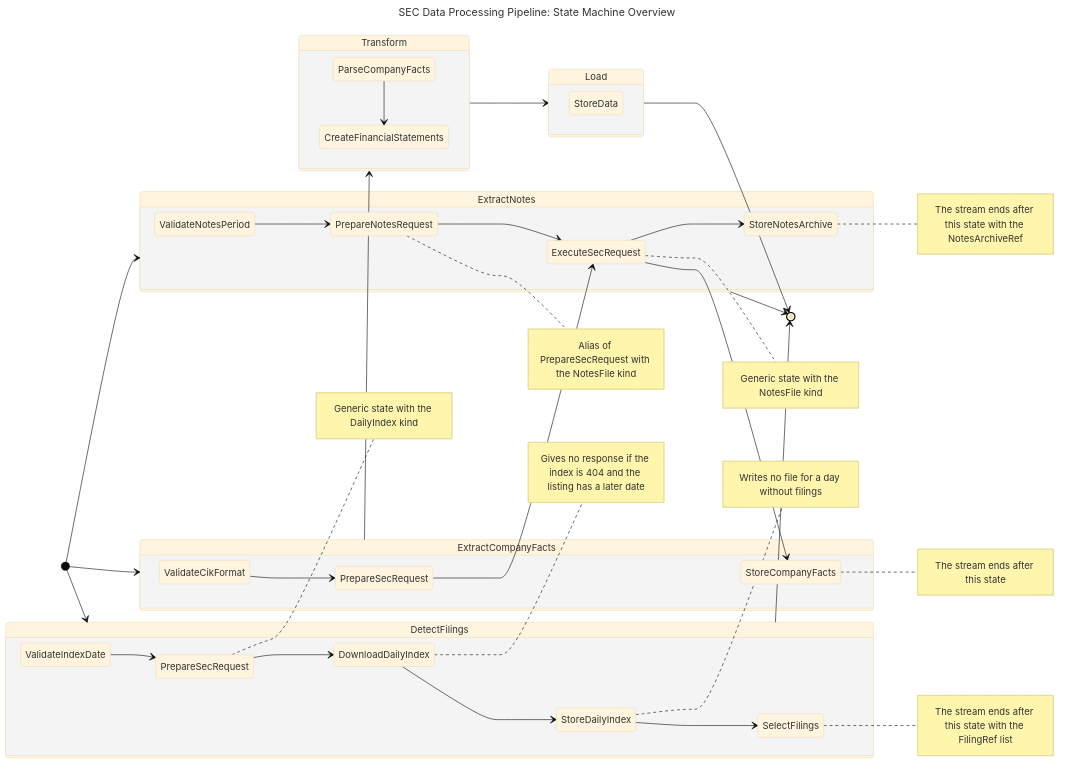
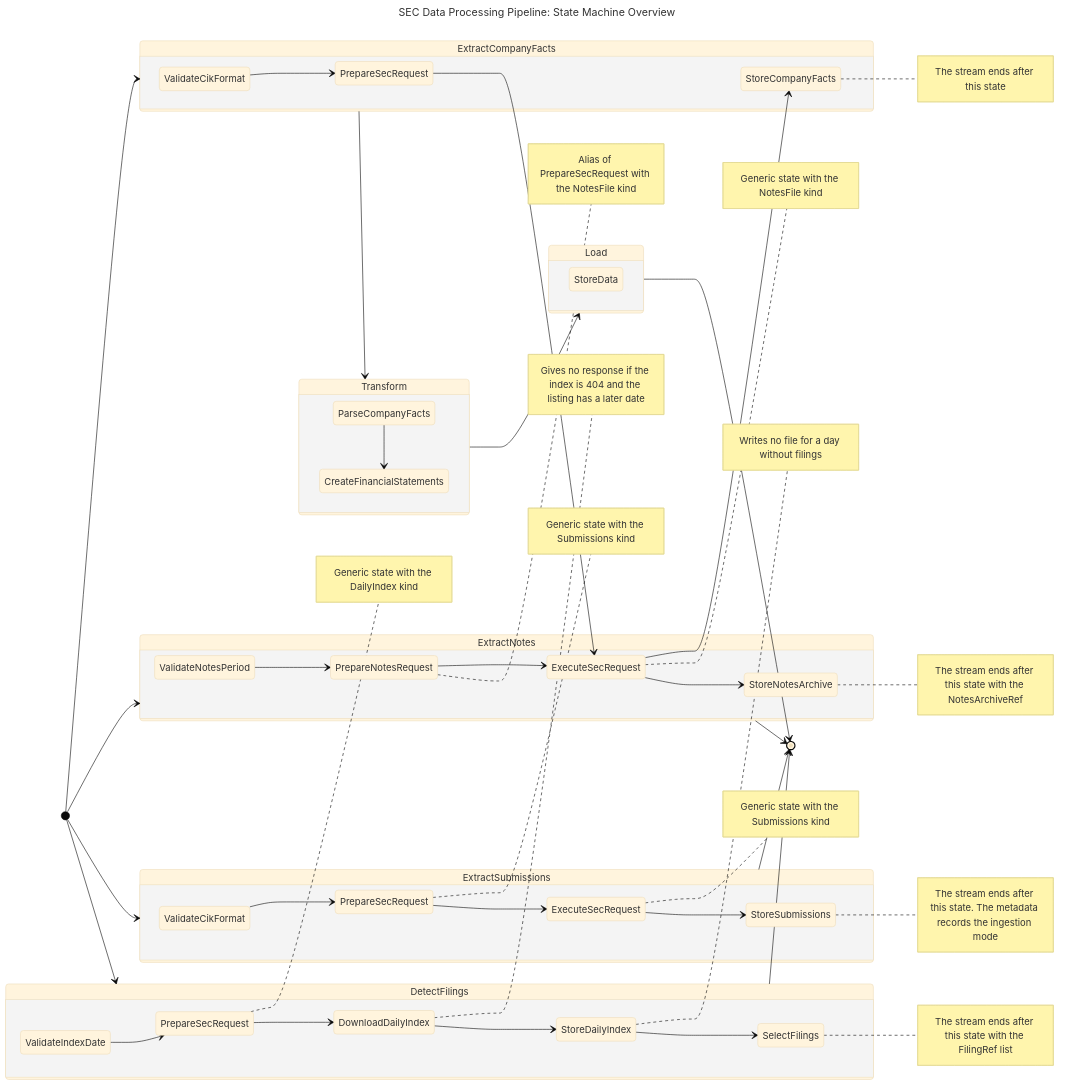
The diagram in sec/design/state_diagram/sec_state_machine.md (ironcapitaleu/arkad), drawn with Mermaid (base theme) before and after one commit. The commit also changed 6 other files, not shown here.

First line of the commit message:
feat(sec): add ExtractSubmissionsSuperState (#336)

````diff
--- a/sec/design/state_diagram/sec_state_machine.md
+++ b/sec/design/state_diagram/sec_state_machine.md
@@ -1,62 +1,78 @@
 ```mermaid
 ---
 title: "SEC Data Processing Pipeline: State Machine Overview"
 ---
 stateDiagram-v2
     %% Align all the SuperStates from left-to-right
     direction LR
 
     %% `ExtractCompanyFacts` SuperState
     [*] --> ExtractCompanyFacts
     state ExtractCompanyFacts {
         ValidateCikFormat --> PrepareSecRequest
         PrepareSecRequest --> ExecuteSecRequest
         ExecuteSecRequest --> StoreCompanyFacts
         note right of StoreCompanyFacts : The stream ends after this state
     }
 
     ExtractCompanyFacts --> Transform
 
     %% `ExtractNotes` SuperState, one per Notes file
     [*] --> ExtractNotes
     state ExtractNotes {
         ValidateNotesPeriod --> PrepareNotesRequest
         PrepareNotesRequest --> ExecuteSecRequest
         note right of PrepareNotesRequest : Alias of PrepareSecRequest with the NotesFile kind
         note right of ExecuteSecRequest : Generic state with the NotesFile kind
         ExecuteSecRequest --> StoreNotesArchive
         note right of StoreNotesArchive : The stream ends after this state with the NotesArchiveRef
     }
 
     ExtractNotes --> [*]
 
     %% `DetectFilings` SuperState, one per day
     [*] --> DetectFilings
     state DetectFilings {
         state "PrepareSecRequest" as PrepareDailyIndexRequest
         ValidateIndexDate --> PrepareDailyIndexRequest
         note right of PrepareDailyIndexRequest : Generic state with the DailyIndex kind
         PrepareDailyIndexRequest --> DownloadDailyIndex
         note right of DownloadDailyIndex : Gives no response if the index is 404 and the listing has a later date
         DownloadDailyIndex --> StoreDailyIndex
         note right of StoreDailyIndex : Writes no file for a day without filings
         StoreDailyIndex --> SelectFilings
         note right of SelectFilings : The stream ends after this state with the FilingRef list
     }
 
     DetectFilings --> [*]
 
+    %% `ExtractSubmissions` SuperState, one per company, on both ingestion paths
+    [*] --> ExtractSubmissions
+    state ExtractSubmissions {
+        state "ValidateCikFormat" as ValidateSubmissionsCik
+        state "PrepareSecRequest" as PrepareSubmissionsRequest
+        state "ExecuteSecRequest" as ExecuteSubmissionsRequest
+        ValidateSubmissionsCik --> PrepareSubmissionsRequest
+        note right of PrepareSubmissionsRequest : Generic state with the Submissions kind
+        PrepareSubmissionsRequest --> ExecuteSubmissionsRequest
+        note right of ExecuteSubmissionsRequest : Generic state with the Submissions kind
+        ExecuteSubmissionsRequest --> StoreSubmissions
+        note right of StoreSubmissions : The stream ends after this state. The metadata records the ingestion mode
+    }
+
+    ExtractSubmissions --> [*]
+
     %% `Transform` SuperState
     state Transform {
         ParseCompanyFacts --> CreateFinancialStatements
     }
 
     Transform --> Load
 
     %% `Load` SuperState
     state Load {
         StoreData
     }
 
     Load --> [*]
 ```
````
